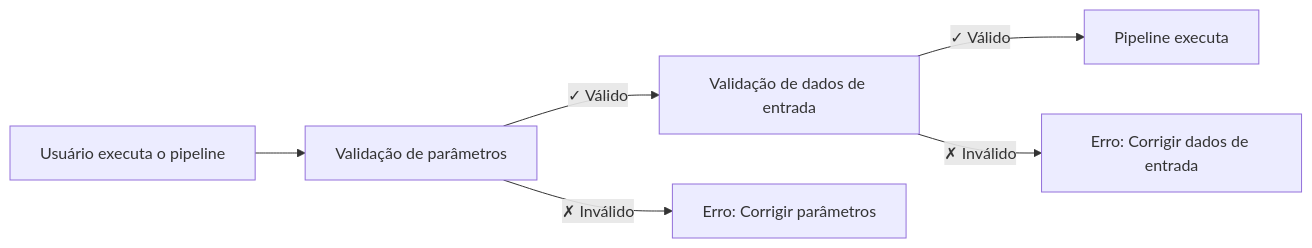
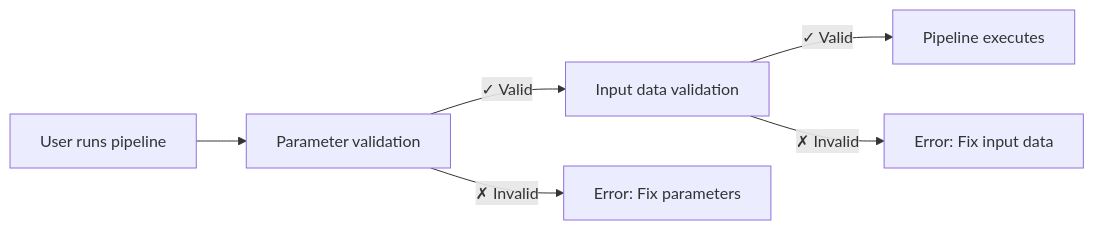
The diagram in docs/pt/docs/hello_nf-core/05_input_validation.md (GrootJ/nextflow_training), drawn with Mermaid before and after one commit. The commit also changed other lines of this file and 534 other files, not shown here.

````diff
--- a/docs/pt/docs/hello_nf-core/05_input_validation.md
+++ b/docs/pt/docs/hello_nf-core/05_input_validation.md
@@ -126,8 +126,8 @@
 ```mermaid
 graph LR
-    A[Usuário executa o pipeline] --> B[Validação de parâmetros]
-    B -->|✓ Válido| C[Validação de dados de entrada]
-    B -->|✗ Inválido| D[Erro: Corrigir parâmetros]
-    C -->|✓ Válido| E[Pipeline executa]
-    C -->|✗ Inválido| F[Erro: Corrigir dados de entrada]
+    A[User runs pipeline] --> B[Parameter validation]
+    B -->|✓ Valid| C[Input data validation]
+    B -->|✗ Invalid| D[Error: Fix parameters]
+    C -->|✓ Valid| E[Pipeline executes]
+    C -->|✗ Invalid| F[Error: Fix input data]
 ```
````
